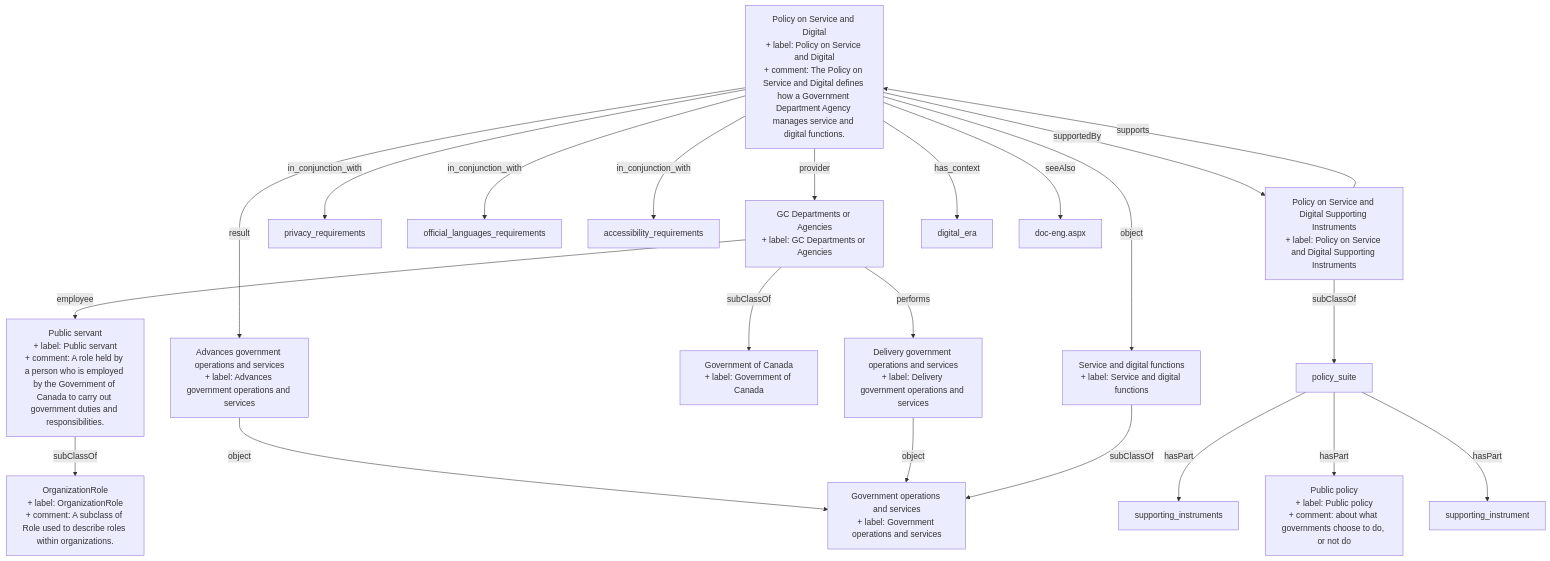
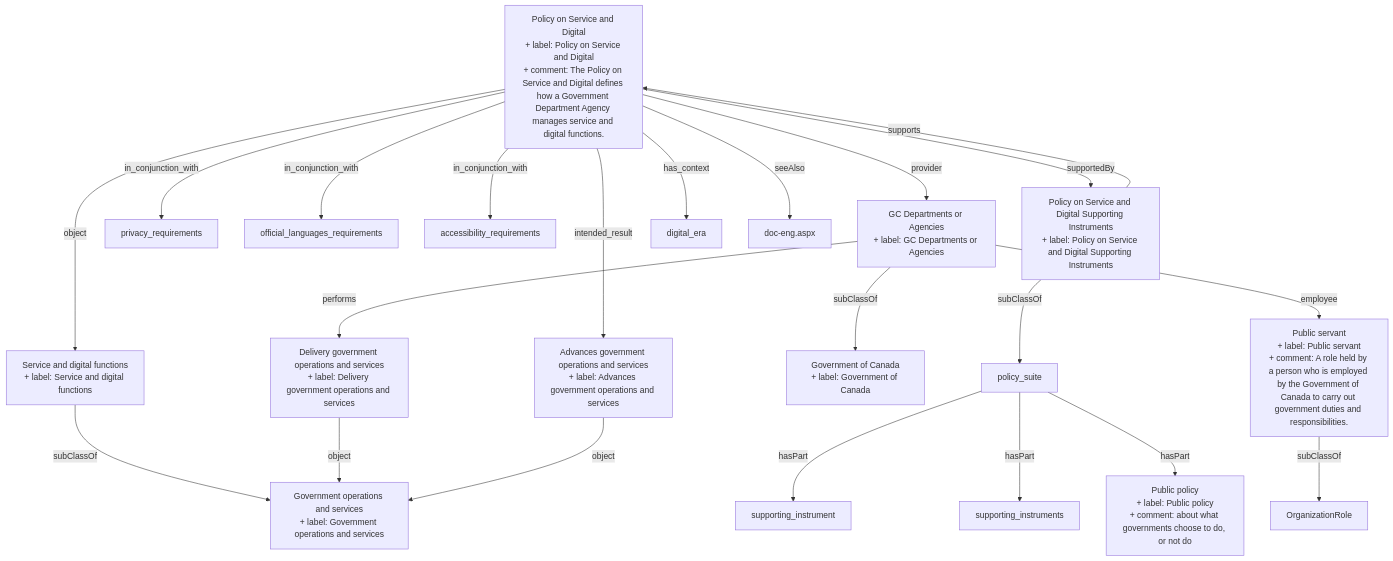
One commit to heidingaway/heidi2 changed the diagram in content/policy on service and digital/policy_service_digital.md. Above: the diagram before and after it, drawn with Mermaid. The commit also changed other lines of this file and 350 other files, not shown here.

````diff
--- a/content/policy on service and digital/policy_service_digital.md
+++ b/content/policy on service and digital/policy_service_digital.md
@@ -42,43 +43,43 @@
 ```mermaid
 graph TD
   Policy_on_Service_and_Digital["Policy on Service and Digital<br>+ label: Policy on Service and Digital<br>+ comment: The Policy on Service and Digital defines how a Government Department Agency manages service and digital functions. "]:::current-page-node
   Policy_on_Service_and_Digital_Supporting_Instruments["Policy on Service and Digital Supporting Instruments<br>+ label: Policy on Service and Digital Supporting Instruments"]
   privacy_requirements["privacy_requirements"]
   official_languages_requirements["official_languages_requirements"]
   accessibility_requirements["accessibility_requirements"]
   Service_and_digital_functions["Service and digital functions<br>+ label: Service and digital functions"]
   GC_Departments_or_Agencies["GC Departments or Agencies<br>+ label: GC Departments or Agencies"]
   Advances_government_operations_and_services["Advances government operations and services<br>+ label: Advances government operations and services"]
   digital_era["digital_era"]
   doc_engaspx["doc-eng.aspx"]
   Government_operations_and_services["Government operations and services<br>+ label: Government operations and services"]
+  policy_suite["policy_suite"]
   Government_of_Canada["Government of Canada<br>+ label: Government of Canada"]
   Public_servant["Public servant<br>+ label: Public servant<br>+ comment: A role held by a person who is employed by the Government of Canada to carry out government duties and responsibilities."]
   Delivery_government_operations_and_services["Delivery government operations and services<br>+ label: Delivery government operations and services"]
-  policy_suite["policy_suite"]
-  OrganizationRole["OrganizationRole<br>+ label: OrganizationRole<br>+ comment: A subclass of Role used to describe roles within organizations."]
+  OrganizationRole["OrganizationRole"]
   Public_policy["Public policy<br>+ label: Public policy<br>+ comment: about what governments choose to do, or not do"]
   supporting_instrument["supporting_instrument"]
   supporting_instruments["supporting_instruments"]
-  Policy_on_Service_and_Digital_Supporting_Instruments-->|" subClassOf "|policy_suite
+  policy_suite-->|" hasPart "|supporting_instrument
+  Policy_on_Service_and_Digital-->|" in_conjunction_with "|official_languages_requirements
+  Policy_on_Service_and_Digital-->|" in_conjunction_with "|privacy_requirements
+  Service_and_digital_functions-->|" subClassOf "|Government_operations_and_services
   Public_servant-->|" subClassOf "|OrganizationRole
   policy_suite-->|" hasPart "|supporting_instruments
-  Policy_on_Service_and_Digital-->|" in_conjunction_with "|privacy_requirements
-  Policy_on_Service_and_Digital-->|" provider "|GC_Departments_or_Agencies
-  Policy_on_Service_and_Digital-->|" seeAlso "|doc_engaspx
+  GC_Departments_or_Agencies-->|" employee "|Public_servant
+  Delivery_government_operations_and_services-->|" object "|Government_operations_and_services
+  Advances_government_operations_and_services-->|" object "|Government_operations_and_services
   policy_suite-->|" hasPart "|Public_policy
   GC_Departments_or_Agencies-->|" subClassOf "|Government_of_Canada
+  Policy_on_Service_and_Digital-->|" object "|Service_and_digital_functions
+  Policy_on_Service_and_Digital-->|" supportedBy "|Policy_on_Service_and_Digital_Supporting_Instruments
   Policy_on_Service_and_Digital_Supporting_Instruments-->|" supports "|Policy_on_Service_and_Digital
-  Policy_on_Service_and_Digital-->|" object "|Service_and_digital_functions
-  Advances_government_operations_and_services-->|" object "|Government_operations_and_services
   Policy_on_Service_and_Digital-->|" has_context "|digital_era
-  Policy_on_Service_and_Digital-->|" supportedBy "|Policy_on_Service_and_Digital_Supporting_Instruments
-  policy_suite-->|" hasPart "|supporting_instrument
-  GC_Departments_or_Agencies-->|" employee "|Public_servant
-  Delivery_government_operations_and_services-->|" object "|Government_operations_and_services
-  Policy_on_Service_and_Digital-->|" in_conjunction_with "|official_languages_requirements
+  GC_Departments_or_Agencies-->|" performs "|Delivery_government_operations_and_services
+  Policy_on_Service_and_Digital_Supporting_Instruments-->|" subClassOf "|policy_suite
+  Policy_on_Service_and_Digital-->|" intended_result "|Advances_government_operations_and_services
   Policy_on_Service_and_Digital-->|" in_conjunction_with "|accessibility_requirements
-  GC_Departments_or_Agencies-->|" performs "|Delivery_government_operations_and_services
-  Service_and_digital_functions-->|" subClassOf "|Government_operations_and_services
-  Policy_on_Service_and_Digital-->|" result "|Advances_government_operations_and_services
+  Policy_on_Service_and_Digital-->|" seeAlso "|doc_engaspx
+  Policy_on_Service_and_Digital-->|" provider "|GC_Departments_or_Agencies
 ```
````
